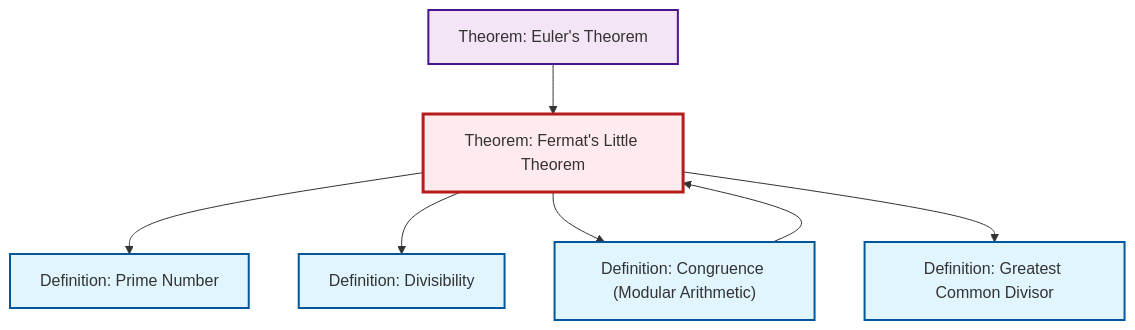
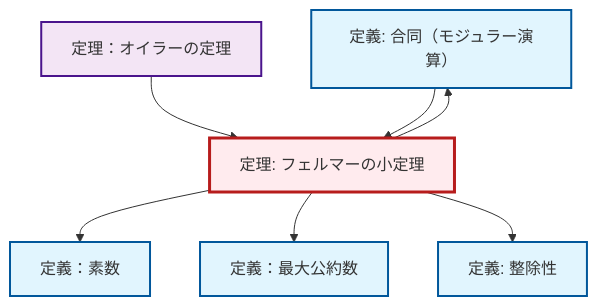
One commit to RK0429/ModernMath changed the diagram in content/ja/number-theory/thm-fermat-little.qmd. Above: the diagram before and after it, drawn with Mermaid. The commit also changed 1069 other files, not shown here.

````diff
--- a/content/ja/number-theory/thm-fermat-little.qmd
+++ b/content/ja/number-theory/thm-fermat-little.qmd
@@ -91,27 +91,27 @@
 ```{mermaid}
 %%| fig-cap: "Local dependency graph"
 graph TD
     classDef definition fill:#e1f5fe,stroke:#01579b,stroke-width:2px
     classDef theorem fill:#f3e5f5,stroke:#4a148c,stroke-width:2px
     classDef axiom fill:#fff3e0,stroke:#e65100,stroke-width:2px
     classDef example fill:#e8f5e9,stroke:#1b5e20,stroke-width:2px
     classDef current fill:#ffebee,stroke:#b71c1c,stroke-width:3px
-    thm-fermat-little["Theorem: Fermat's Little Theorem"]:::theorem
-    def-gcd["Definition: Greatest Common Divisor"]:::definition
-    def-divisibility["Definition: Divisibility"]:::definition
-    thm-euler["Theorem: Euler's Theorem"]:::theorem
-    def-prime["Definition: Prime Number"]:::definition
-    def-congruence["Definition: Congruence (Modular Arithmetic)"]:::definition
+    def-congruence["定義: 合同（モジュラー演算）"]:::definition
+    def-divisibility["定義: 整除性"]:::definition
+    thm-euler["定理：オイラーの定理"]:::theorem
+    thm-fermat-little["定理: フェルマーの小定理"]:::theorem
+    def-gcd["定義：最大公約数"]:::definition
+    def-prime["定義：素数"]:::definition
+    thm-fermat-little --> def-prime
+    thm-fermat-little --> def-gcd
     thm-euler --> thm-fermat-little
-    thm-fermat-little --> def-prime
+    thm-fermat-little --> def-divisibility
     def-congruence --> thm-fermat-little
-    thm-fermat-little --> def-divisibility
     thm-fermat-little --> def-congruence
-    thm-fermat-little --> def-gcd
     class thm-fermat-little current
-    click def-gcd "def-gcd.html" "Definition: Greatest Common Divisorへ"
-    click def-divisibility "def-divisibility.html" "Definition: Divisibilityへ"
-    click thm-euler "thm-euler.html" "Theorem: Euler's Theoremへ"
-    click def-prime "def-prime.html" "Definition: Prime Numberへ"
-    click def-congruence "def-congruence.html" "Definition: Congruence (Modular Arithmetic)へ"
+    click def-congruence "def-congruence.html" "合同（モジュラー演算）の定義へ"
+    click def-divisibility "def-divisibility.html" "整除性の定義へ"
+    click thm-euler "thm-euler.html" "定理：オイラーの定理へ"
+    click def-gcd "def-gcd.html" "定義：最大公約数へ"
+    click def-prime "def-prime.html" "定義：素数へ"
 ```
````
